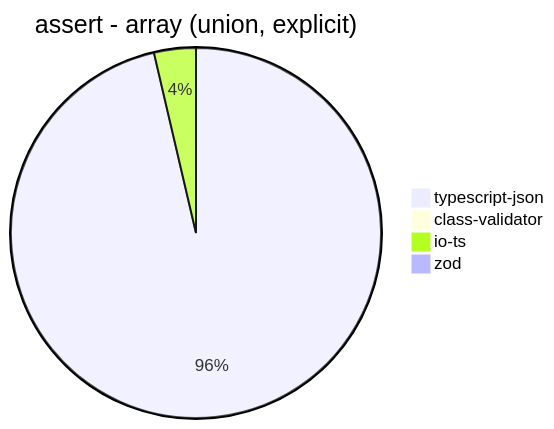
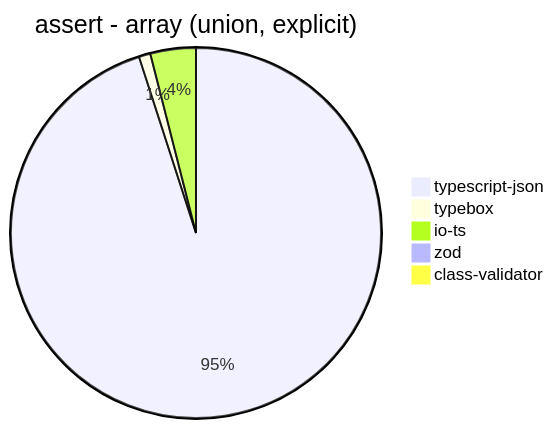
One commit to samchon/typia changed diagram 14 of 39 in benchmark/results/11th Gen Intel(R) Core(TM) i5-1135G7 @ 2.40GHz.md. Above: the diagram before and after it, drawn with Mermaid. The commit also changed other lines of this file and 16 other files, not shown here.

````diff
--- a/benchmark/results/11th Gen Intel(R) Core(TM) i5-1135G7 @ 2.40GHz.md
+++ b/benchmark/results/11th Gen Intel(R) Core(TM) i5-1135G7 @ 2.40GHz.md
@@ -163,7 +176,8 @@
 ```mermaid
 pie title assert - array (union, explicit)
-  "typescript-json": 1979.3908444282329
-  "class-validator": 7.547864506627393
-  "io-ts": 75.03660322108345
-  "zod": 2.8084628346751543
+  "typescript-json": 1874.1958541815582
+  "typebox": 19.872515935508062
+  "io-ts": 78.3478421929987
+  "zod": 2.810567734682406
+  "class-validator": 7.113440658929241
 ```
````
